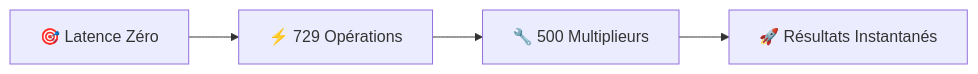
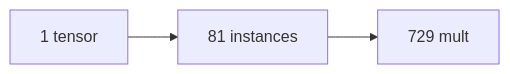
Before and after one commit to jalcim/logilib: the sixth of 7 diagrams in src/tensor/README_FR.md, drawn with Mermaid. The commit also changed other lines of this file and 1 other file, not shown here.

Commit message:
litle mermaid

````diff
--- a/src/tensor/README_FR.md
+++ b/src/tensor/README_FR.md
@@ -101,7 +104,5 @@
 ```mermaid
 graph LR
-    A[🎯 Latence Zéro] --> B[⚡ 729 Opérations]
-    B --> C[🔧 500 Multiplieurs]
-    C --> D[🚀 Résultats Instantanés]
-
+    A[1 tensor] --> B[81 instances]
+    B --> C[729 mult]
 ```
````
